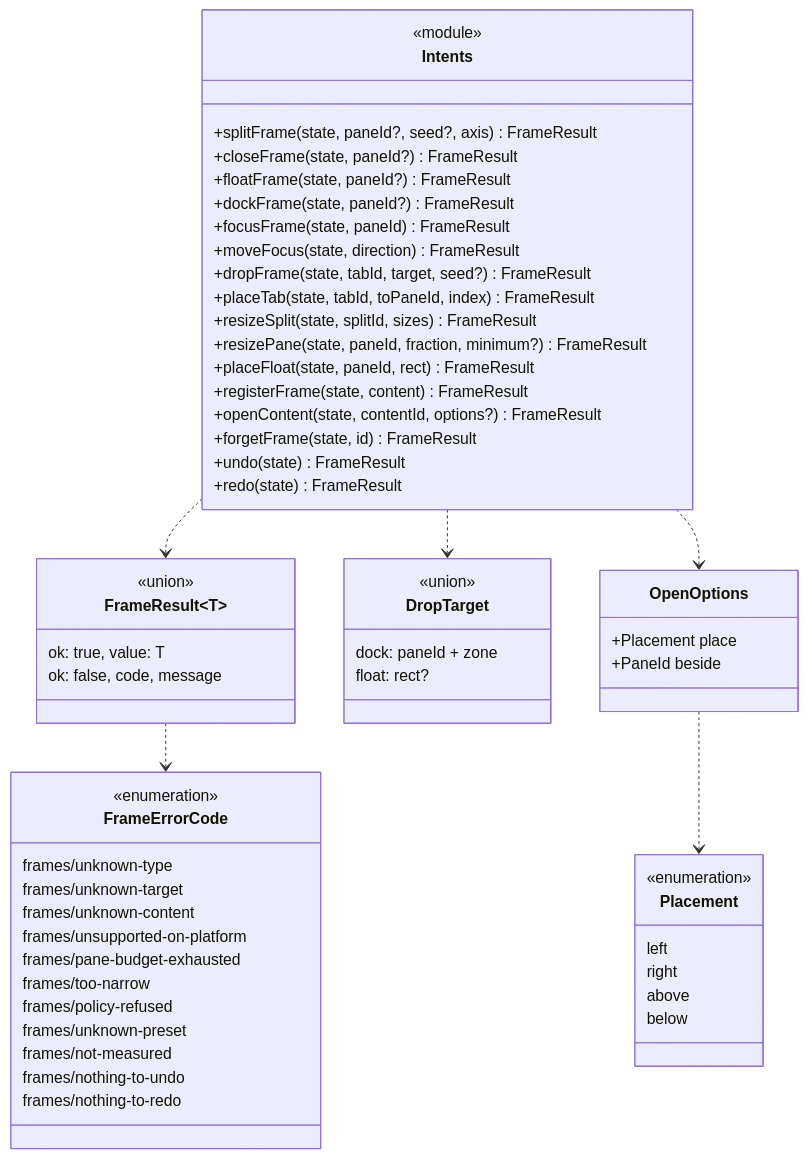
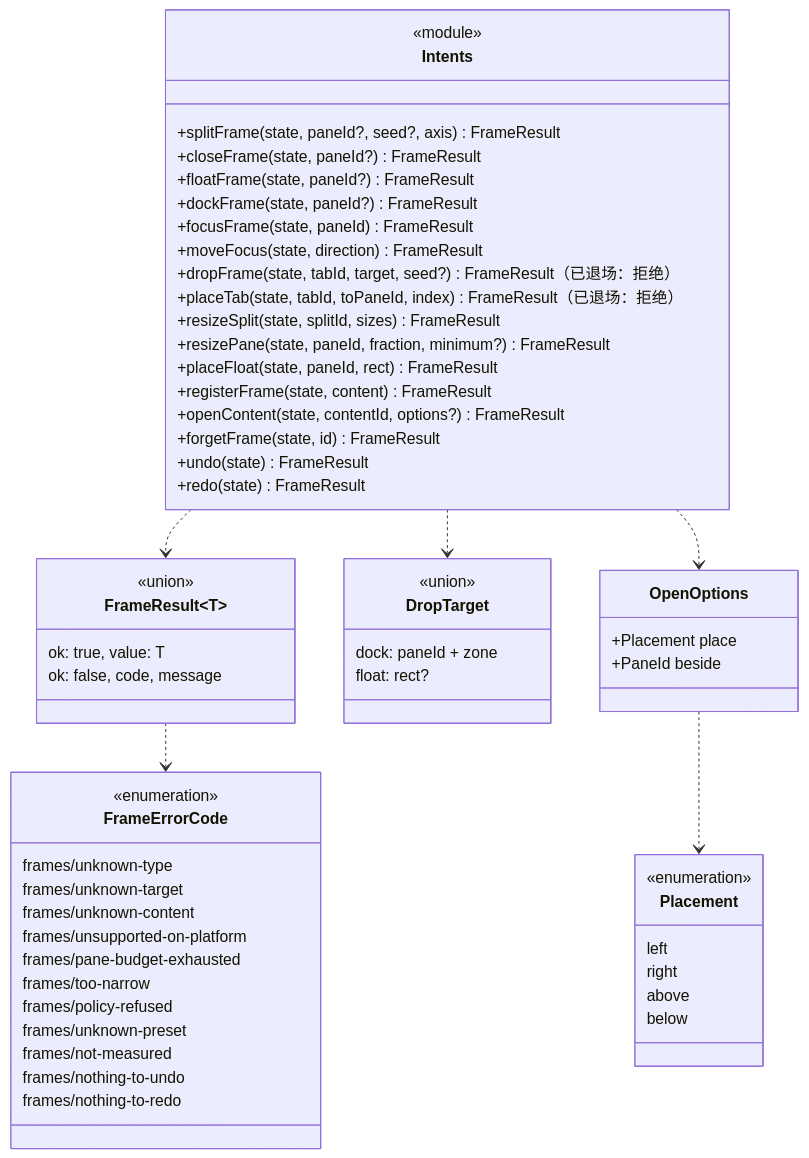
One commit to AllenSue/dsh-frame-core changed the fourth of 7 diagrams in DESIGN.md. Above: the diagram before and after it, drawn with Mermaid. The commit also changed other lines of this file and 14 other files, not shown here.

````diff
--- a/DESIGN.md
+++ b/DESIGN.md
@@ -189,63 +191,63 @@
 ```mermaid
 classDiagram
     class Intents {
         <<module>>
         +splitFrame(state, paneId?, seed?, axis) FrameResult
         +closeFrame(state, paneId?) FrameResult
         +floatFrame(state, paneId?) FrameResult
         +dockFrame(state, paneId?) FrameResult
         +focusFrame(state, paneId) FrameResult
         +moveFocus(state, direction) FrameResult
-        +dropFrame(state, tabId, target, seed?) FrameResult
-        +placeTab(state, tabId, toPaneId, index) FrameResult
+        +dropFrame(state, tabId, target, seed?) FrameResult（已退场：拒绝）
+        +placeTab(state, tabId, toPaneId, index) FrameResult（已退场：拒绝）
         +resizeSplit(state, splitId, sizes) FrameResult
         +resizePane(state, paneId, fraction, minimum?) FrameResult
         +placeFloat(state, paneId, rect) FrameResult
         +registerFrame(state, content) FrameResult
         +openContent(state, contentId, options?) FrameResult
         +forgetFrame(state, id) FrameResult
         +undo(state) FrameResult
         +redo(state) FrameResult
     }
     class FrameResult~T~ {
         <<union>>
         ok: true, value: T
         ok: false, code, message
     }
     class FrameErrorCode {
         <<enumeration>>
         frames/unknown-type
         frames/unknown-target
         frames/unknown-content
         frames/unsupported-on-platform
         frames/pane-budget-exhausted
         frames/too-narrow
         frames/policy-refused
         frames/unknown-preset
         frames/not-measured
         frames/nothing-to-undo
         frames/nothing-to-redo
     }
     class DropTarget {
         <<union>>
         dock: paneId + zone
         float: rect?
     }
     class OpenOptions {
         +Placement place
         +PaneId beside
     }
     class Placement {
         <<enumeration>>
         left
         right
         above
         below
     }
 
     Intents ..> FrameResult
     FrameResult ..> FrameErrorCode
     Intents ..> DropTarget
     Intents ..> OpenOptions
     OpenOptions ..> Placement
 ```
````
